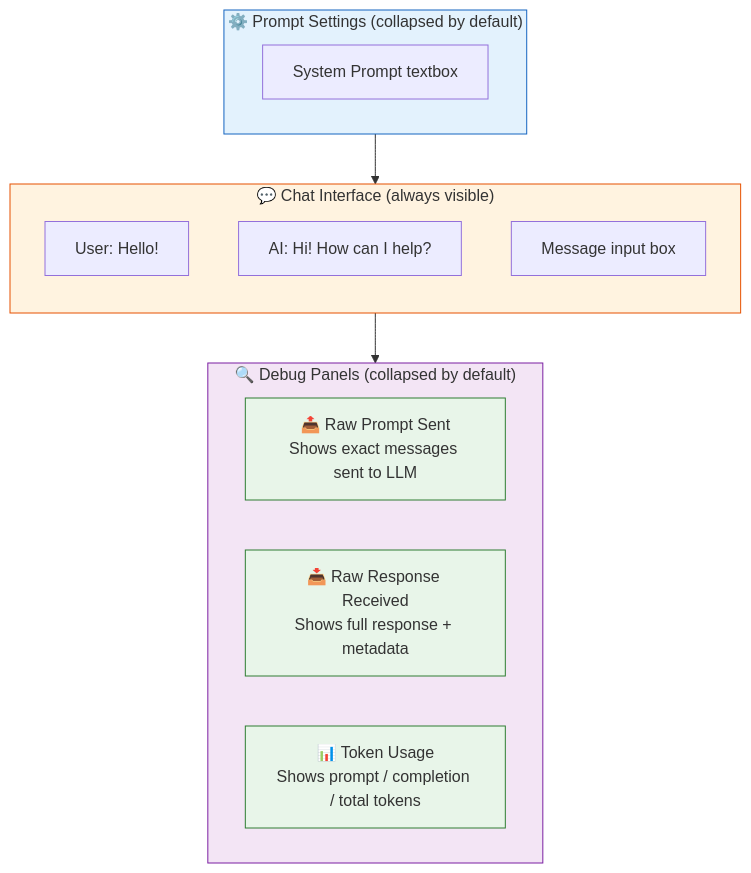
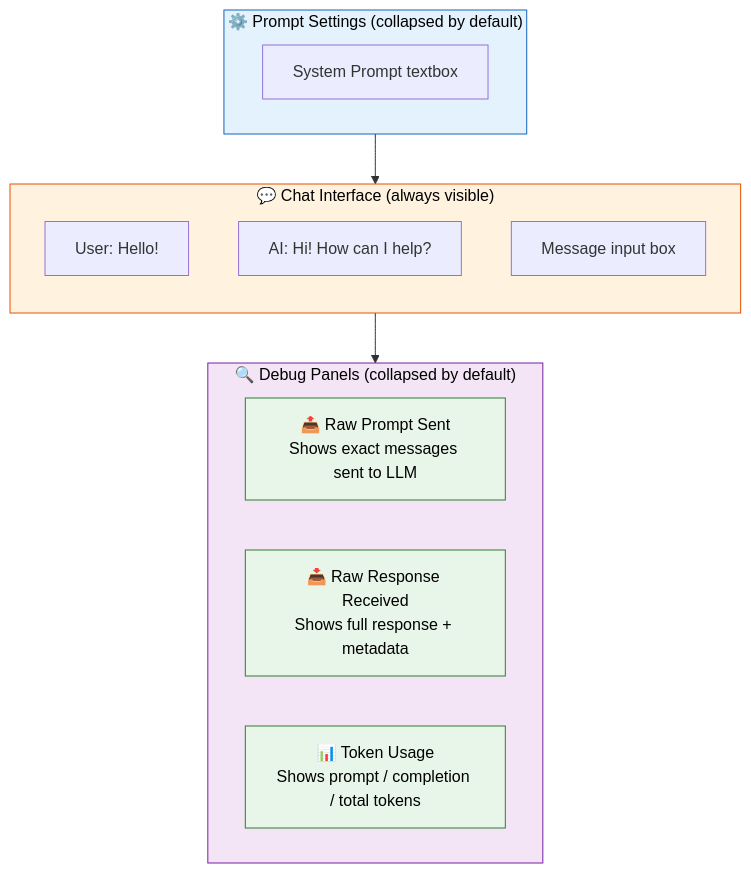
Before and after one commit to remolaan/Agentic-AI-Cookbook: the fourth of 4 diagrams in 01_hello_llm/README.md, drawn with Mermaid. The commit also changed other lines of this file and 45 other files, not shown here.

Commit message:
Fix Mermaid diagram text colors for readability across all READMEs

````diff
--- a/01_hello_llm/README.md
+++ b/01_hello_llm/README.md
@@ -85,28 +85,28 @@
 ```mermaid
 flowchart TB
     subgraph Settings["⚙️ Prompt Settings (collapsed by default)"]
         SP["System Prompt textbox"]
     end
     
     subgraph Chat["💬 Chat Interface (always visible)"]
         direction TB
         M1["User: Hello!"]
         M2["AI: Hi! How can I help?"]
         IN["Message input box"]
     end
     
     subgraph Debug["🔍 Debug Panels (collapsed by default)"]
         RP["📤 Raw Prompt Sent<br/>Shows exact messages sent to LLM"]
         RR["📥 Raw Response Received<br/>Shows full response + metadata"]
         TU["📊 Token Usage<br/>Shows prompt / completion / total tokens"]
     end
     
     Settings --> Chat --> Debug
     
-    style Settings fill:#e3f2fd,stroke:#1565c0
-    style Chat fill:#fff3e0,stroke:#e65100
-    style Debug fill:#f3e5f5,stroke:#7b1fa2
-    style RP fill:#e8f5e9,stroke:#2e7d32
-    style RR fill:#e8f5e9,stroke:#2e7d32
-    style TU fill:#e8f5e9,stroke:#2e7d32
+    style Settings fill:#e3f2fd,stroke:#1565c0,color:#000000
+    style Chat fill:#fff3e0,stroke:#e65100,color:#000000
+    style Debug fill:#f3e5f5,stroke:#7b1fa2,color:#000000
+    style RP fill:#e8f5e9,stroke:#2e7d32,color:#000000
+    style RR fill:#e8f5e9,stroke:#2e7d32,color:#000000
+    style TU fill:#e8f5e9,stroke:#2e7d32,color:#000000
 ```
````
